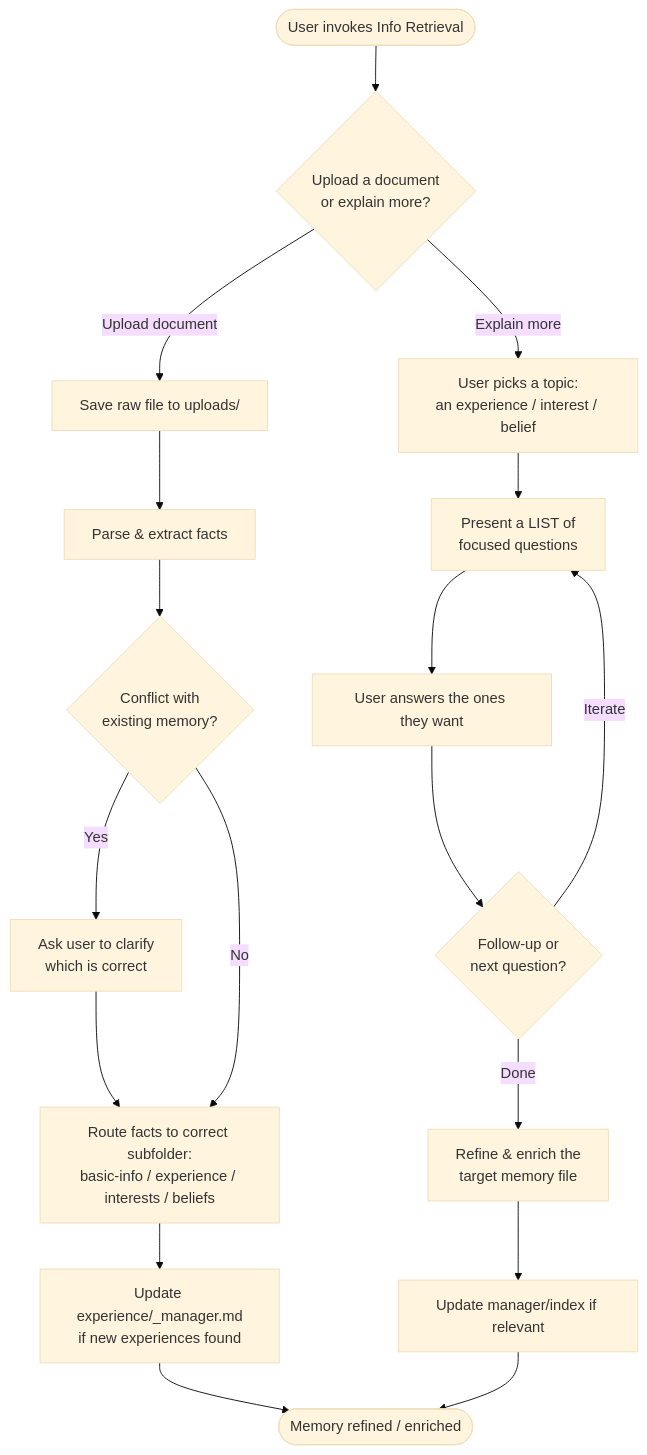
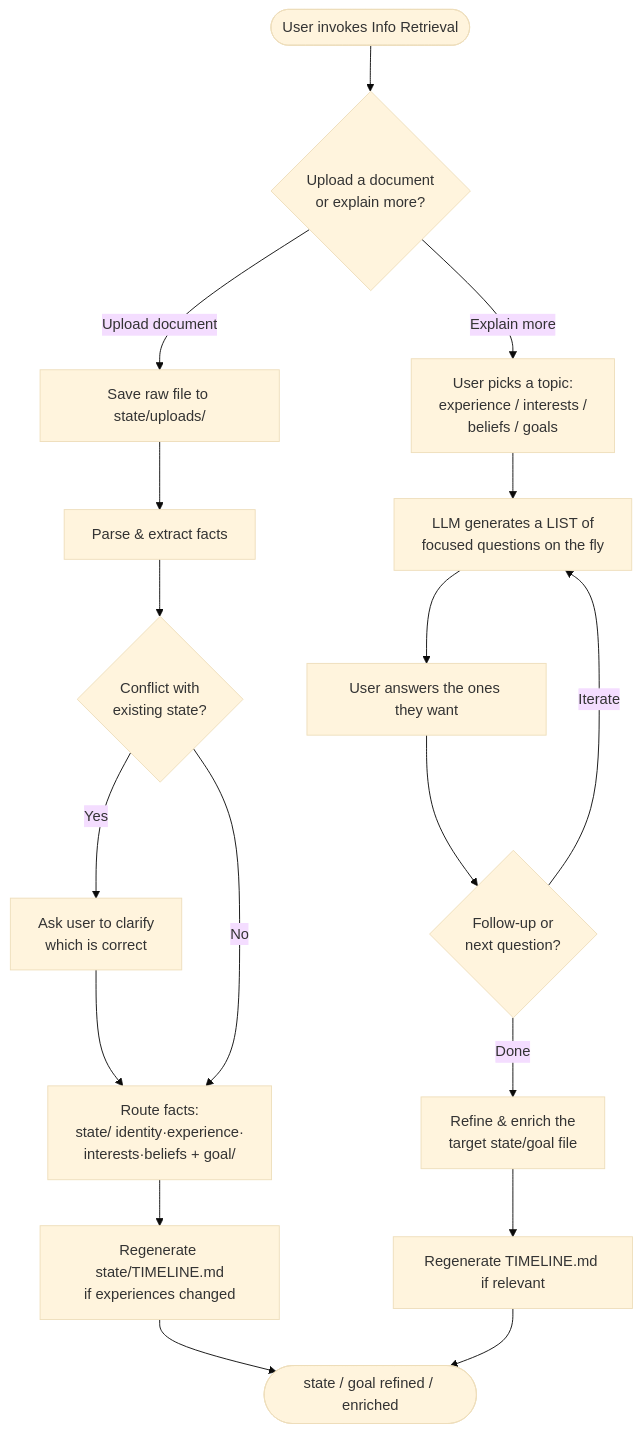
Before and after one commit to junggyubae/career-planner: the fourth of 7 diagrams in .jg/prd-career-planner-card.md, drawn with Mermaid (base theme). The commit also changed other lines of this file, not shown here.

Commit message:
docs: update PRD §4/§6 diagrams to state/goal/action; reflect verifier + PDF-iterate + 1-page

````diff
--- a/.jg/prd-career-planner-card.md
+++ b/.jg/prd-career-planner-card.md
@@ -169,22 +170,22 @@
 ```mermaid
 flowchart TD
     Start([User invokes Info Retrieval]) --> Q{Upload a document<br/>or explain more?}
 
-    Q -->|Upload document| U1[Save raw file to uploads/]
+    Q -->|Upload document| U1[Save raw file to state/uploads/]
     U1 --> U2[Parse & extract facts]
-    U2 --> Uc{Conflict with<br/>existing memory?}
+    U2 --> Uc{Conflict with<br/>existing state?}
     Uc -->|Yes| Uq[Ask user to clarify<br/>which is correct]
     Uq --> U3
-    Uc -->|No| U3[Route facts to correct subfolder:<br/>basic-info / experience / interests / beliefs]
-    U3 --> U4[Update experience/_manager.md<br/>if new experiences found]
-    U4 --> Done([Memory refined / enriched])
+    Uc -->|No| U3[Route facts:<br/>state/ identity·experience·<br/>interests·beliefs + goal/]
+    U3 --> U4[Regenerate state/TIMELINE.md<br/>if experiences changed]
+    U4 --> Done([state / goal refined / enriched])
 
-    Q -->|Explain more| I1[User picks a topic:<br/>an experience / interest / belief]
-    I1 --> I2[Present a LIST of<br/>focused questions]
+    Q -->|Explain more| I1[User picks a topic:<br/>experience / interests /<br/>beliefs / goals]
+    I1 --> I2[LLM generates a LIST of<br/>focused questions on the fly]
     I2 --> I3[User answers the ones they want]
     I3 --> I4{Follow-up or<br/>next question?}
     I4 -->|Iterate| I2
-    I4 -->|Done| I5[Refine & enrich the<br/>target memory file]
-    I5 --> I6[Update manager/index if relevant]
+    I4 -->|Done| I5[Refine & enrich the<br/>target state/goal file]
+    I5 --> I6[Regenerate TIMELINE.md if relevant]
     I6 --> Done
 ```
````
